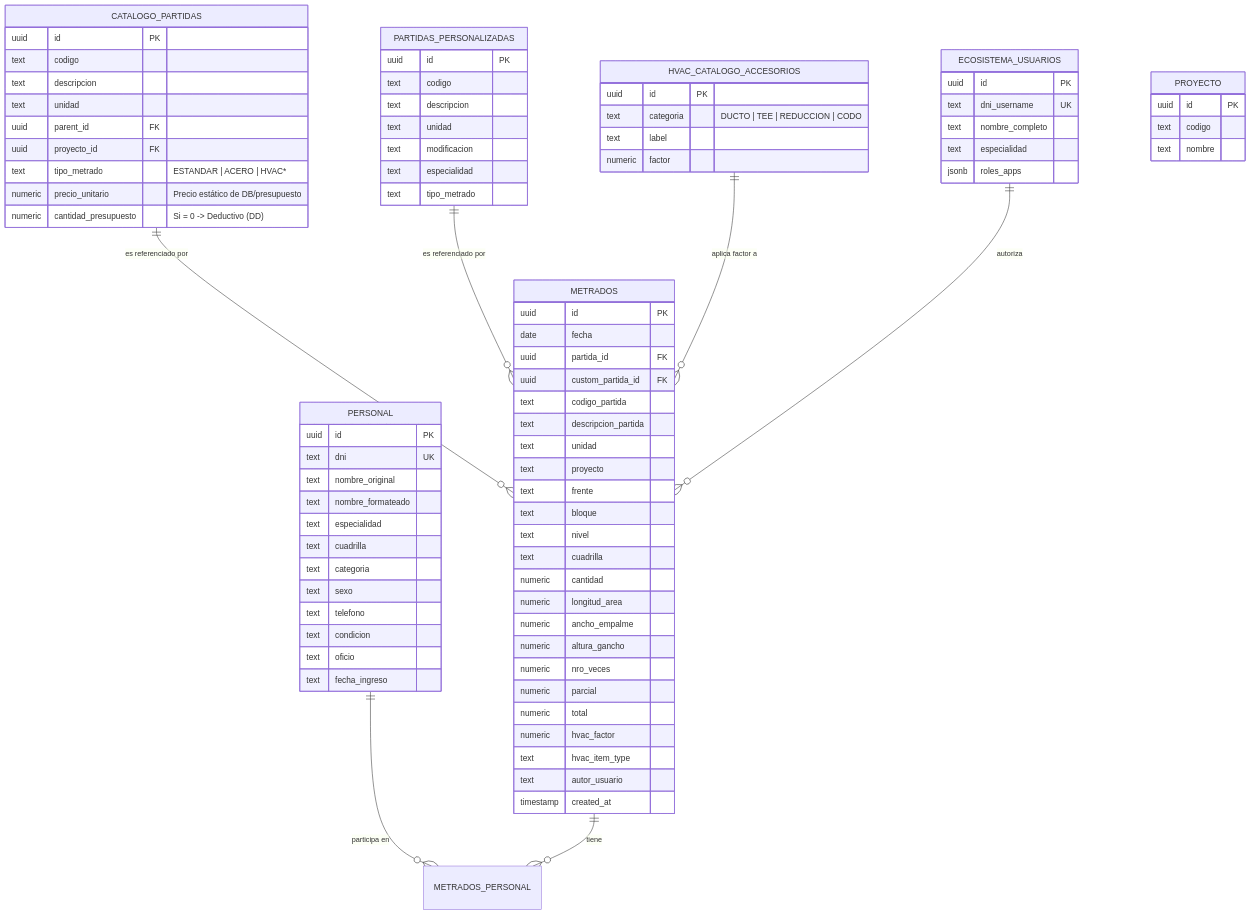
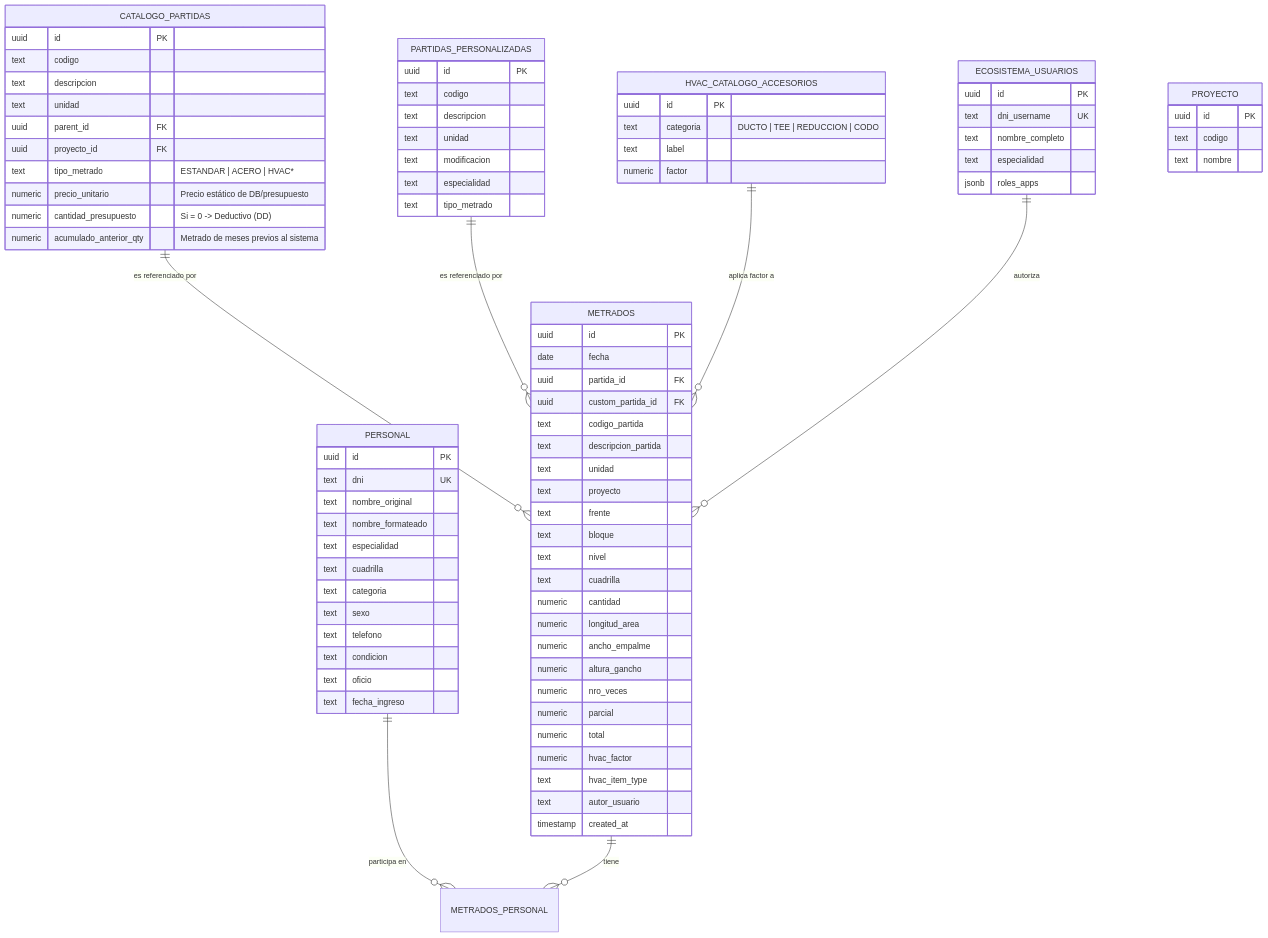
Before and after one commit to JorgeCusco/3_Entregable_web_buscador_de_metrados: the diagram in SQL_Architecture_Master_Guide.md, drawn with Mermaid. The commit also changed other lines of this file and 5 other files, not shown here.

Commit message:
feat: integrar saldo presupuestal (soles) y acumulado anterior en metrados

```diff
--- a/SQL_Architecture_Master_Guide.md
+++ b/SQL_Architecture_Master_Guide.md
@@ -59,6 +59,7 @@
         text tipo_metrado "ESTANDAR | ACERO | HVAC*"
         numeric precio_unitario "Precio estático de DB/presupuesto"
         numeric cantidad_presupuesto "Si = 0 -> Deductivo (DD)"
+        numeric acumulado_anterior_qty "Metrado de meses previos al sistema"
     }
   
     METRADOS {
```
